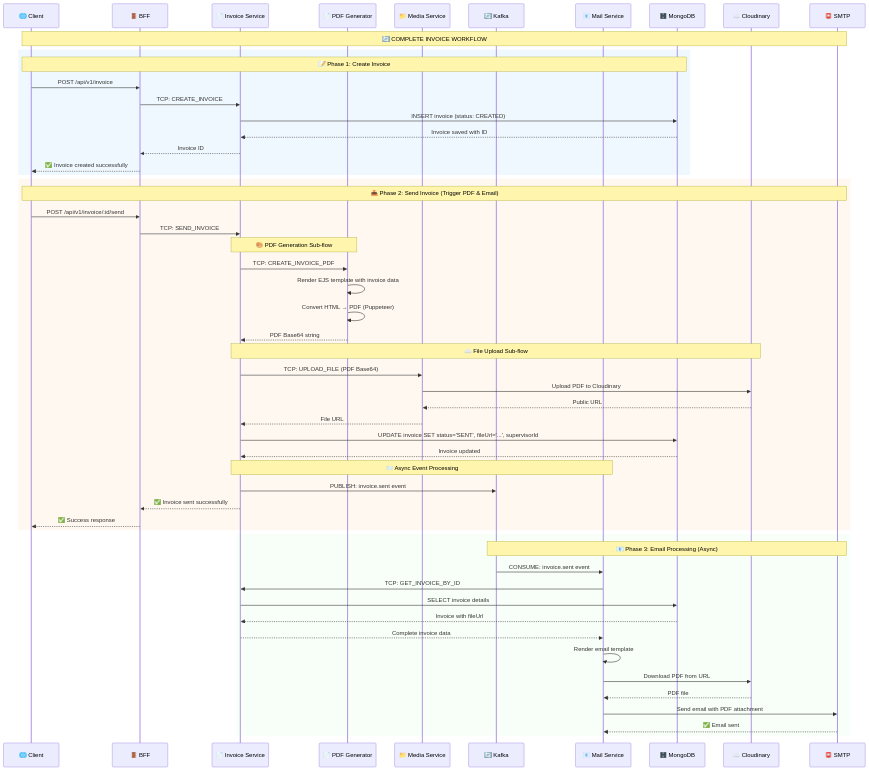
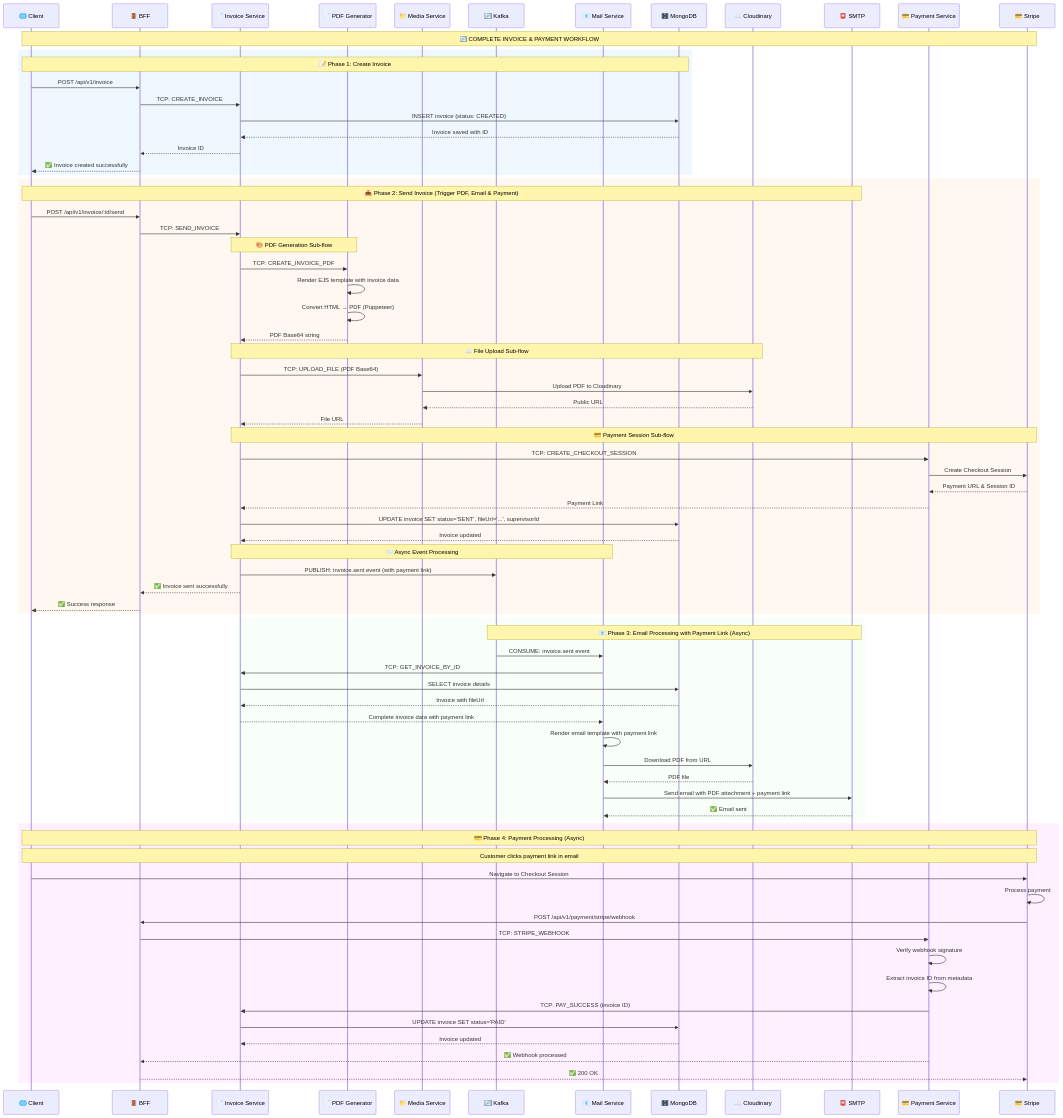
One commit to thanhmati/einvoice-backend changed the second of 8 diagrams in TEACHING_GUIDE.md. Above: the diagram before and after it, drawn with Mermaid. The commit also changed other lines of this file and 4 other files, not shown here.

Commit message:
Add Stripe payment integration with webhook handling and email flow

````diff
--- a/TEACHING_GUIDE.md
+++ b/TEACHING_GUIDE.md
@@ -127,8 +132,10 @@
     participant DB as 🗄️ MongoDB
     participant Cloud as ☁️ Cloudinary
     participant SMTP as 📮 SMTP
+    participant Pay as 💳 Payment Service
+    participant Stripe as 💳 Stripe
 
-    Note over C,SMTP: 🔄 COMPLETE INVOICE WORKFLOW
+    Note over C,Stripe: 🔄 COMPLETE INVOICE & PAYMENT WORKFLOW
 
     %% 1. Create Invoice
     rect rgb(240, 248, 255)
@@ -143,7 +150,7 @@
 
     %% 2. Send Invoice (Complex Flow)
     rect rgb(255, 248, 240)
-        Note over C,SMTP: 📤 Phase 2: Send Invoice (Trigger PDF & Email)
+        Note over C,SMTP: 📤 Phase 2: Send Invoice (Trigger PDF, Email & Payment)
         C->>B: POST /api/v1/invoice/:id/send
         B->>I: TCP: SEND_INVOICE
         
@@ -161,30 +168,54 @@
         Cloud-->>M: Public URL
         M-->>I: File URL
         
+        %% Payment Session Creation
+        Note over I,Stripe: 💳 Payment Session Sub-flow
+        I->>Pay: TCP: CREATE_CHECKOUT_SESSION
+        Pay->>Stripe: Create Checkout Session
+        Stripe-->>Pay: Payment URL & Session ID
+        Pay-->>I: Payment Link
+        
         %% Update Database
         I->>DB: UPDATE invoice SET status='SENT', fileUrl='...', supervisorId
         DB-->>I: Invoice updated
         
-        %% Kafka Event
+        %% Kafka Event with Payment Link
         Note over I,Mail: 📨 Async Event Processing
-        I->>K: PUBLISH: invoice.sent event
+        I->>K: PUBLISH: invoice.sent event (with payment link)
         I-->>B: ✅ Invoice sent successfully
         B-->>C: ✅ Success response
     end
 
-    %% 3. Email Processing (Async)
+    %% 3. Email Processing with Payment Link (Async)
     rect rgb(248, 255, 248)
-        Note over K,SMTP: 📧 Phase 3: Email Processing (Async)
+        Note over K,SMTP: 📧 Phase 3: Email Processing with Payment Link (Async)
         K->>Mail: CONSUME: invoice.sent event
         Mail->>I: TCP: GET_INVOICE_BY_ID
         I->>DB: SELECT invoice details
         DB-->>I: Invoice with fileUrl
-        I-->>Mail: Complete invoice data
+        I-->>Mail: Complete invoice data with payment link
         
-        Mail->>Mail: Render email template
+        Mail->>Mail: Render email template with payment link
         Mail->>Cloud: Download PDF from URL
         Cloud-->>Mail: PDF file
-        Mail->>SMTP: Send email with PDF attachment
+        Mail->>SMTP: Send email with PDF attachment + payment link
         SMTP-->>Mail: ✅ Email sent
     end
+
+    %% 4. Payment Processing (Async)
+    rect rgb(255, 240, 255)
+        Note over C,Stripe: 💳 Phase 4: Payment Processing (Async)
+        Note over C,Stripe: Customer clicks payment link in email
+        C->>Stripe: Navigate to Checkout Session
+        Stripe->>Stripe: Process payment
+        Stripe->>B: POST /api/v1/payment/stripe/webhook
+        B->>Pay: TCP: STRIPE_WEBHOOK
+        Pay->>Pay: Verify webhook signature
+        Pay->>Pay: Extract invoice ID from metadata
+        Pay->>I: TCP: PAY_SUCCESS (invoice ID)
+        I->>DB: UPDATE invoice SET status='PAID'
+        DB-->>I: Invoice updated
+        Pay-->>B: ✅ Webhook processed
+        B-->>Stripe: ✅ 200 OK
+    end
 ```
````
